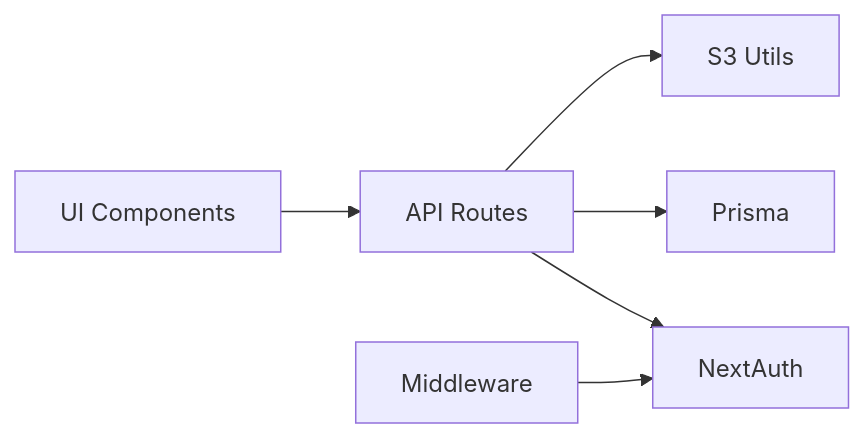
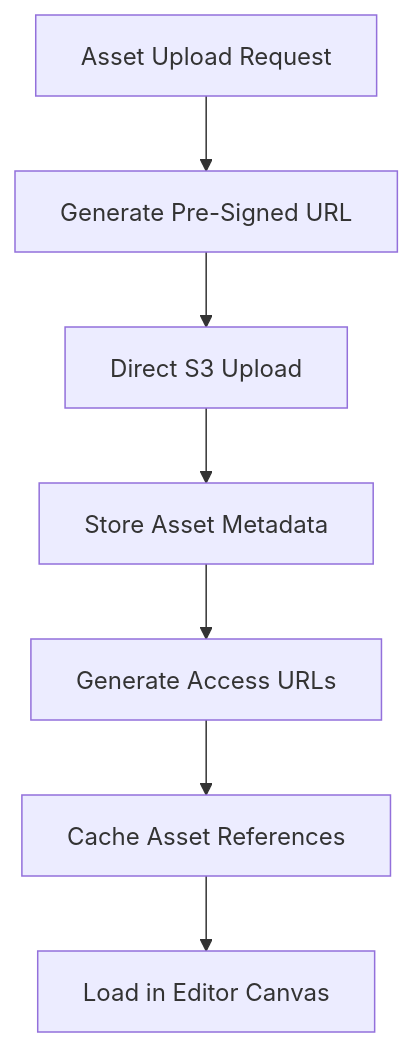
One commit to Crowdspender/titchybooks-app changed diagram 11 of 13 in .qoder/repowiki/en/content/Architecture Overview/Architecture Overview.md. Above: the diagram before and after it, drawn with Mermaid. The commit also changed other lines of this file and 62 other files, not shown here.

````diff
--- a/.qoder/repowiki/en/content/Architecture Overview/Architecture Overview.md
+++ b/.qoder/repowiki/en/content/Architecture Overview/Architecture Overview.md
@@ -439,8 +575,9 @@
 ```mermaid
-graph LR
-UI["UI Components"] --> API["API Routes"]
-API --> AUTH["NextAuth"]
-API --> PRISMA["Prisma"]
-API --> S3["S3 Utils"]
-MW["Middleware"] --> AUTH
+flowchart TD
+Upload["Asset Upload Request"] --> Presign["Generate Pre-Signed URL"]
+Presign --> S3Upload["Direct S3 Upload"]
+S3Upload --> Metadata["Store Asset Metadata"]
+Metadata --> URLGeneration["Generate Access URLs"]
+URLGeneration --> AssetCache["Cache Asset References"]
+AssetCache --> Canvas["Load in Editor Canvas"]
 ```
````
